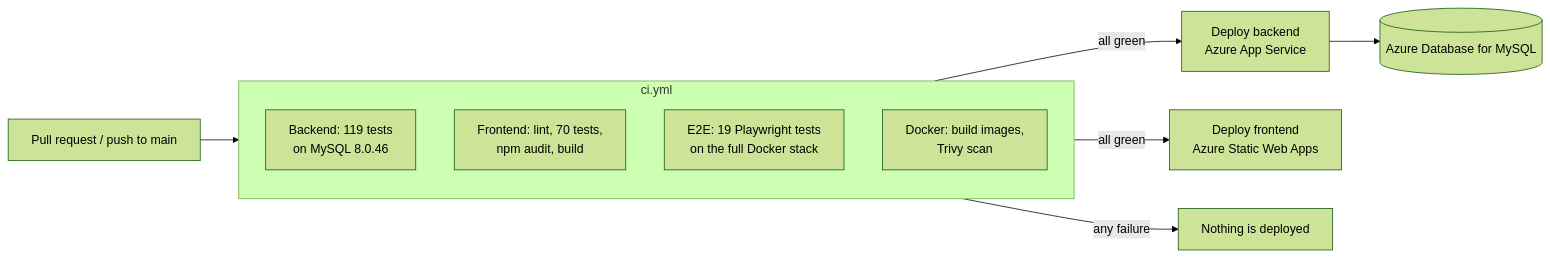
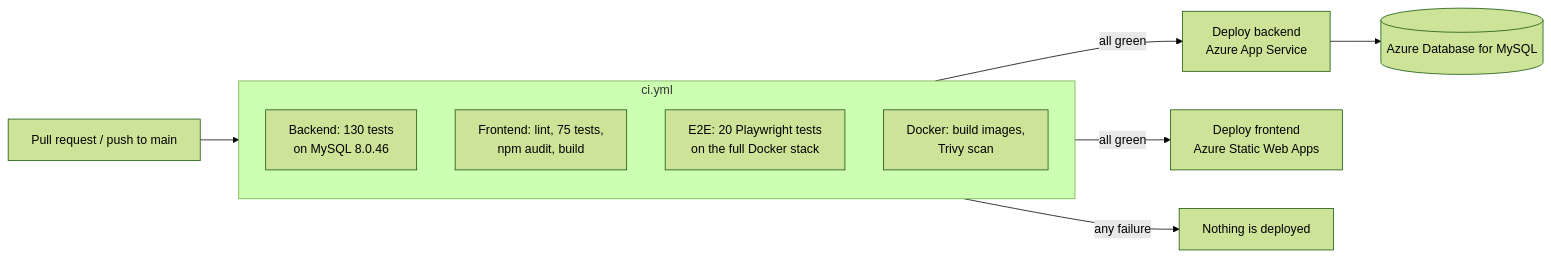
Before and after one commit to Mmeghna10/placementhub: the fourth of 4 diagrams in README.md, drawn with Mermaid (forest theme). The commit also changed other lines of this file and 28 other files, not shown here.

````diff
--- a/README.md
+++ b/README.md
@@ -343,14 +345,14 @@
 ```mermaid
 flowchart LR
     PR[Pull request / push to main] --> CI
     subgraph CI["ci.yml"]
-        B["Backend: 119 tests<br/>on MySQL 8.0.46"]
-        F["Frontend: lint, 70 tests,<br/>npm audit, build"]
-        E["E2E: 19 Playwright tests<br/>on the full Docker stack"]
+        B["Backend: 130 tests<br/>on MySQL 8.0.46"]
+        F["Frontend: lint, 75 tests,<br/>npm audit, build"]
+        E["E2E: 20 Playwright tests<br/>on the full Docker stack"]
         D["Docker: build images,<br/>Trivy scan"]
     end
     CI -- all green --> DB["Deploy backend<br/>Azure App Service"]
     CI -- all green --> DF["Deploy frontend<br/>Azure Static Web Apps"]
     CI -- any failure --> X["Nothing is deployed"]
     DB --> M[(Azure Database for MySQL)]
 ```
````
